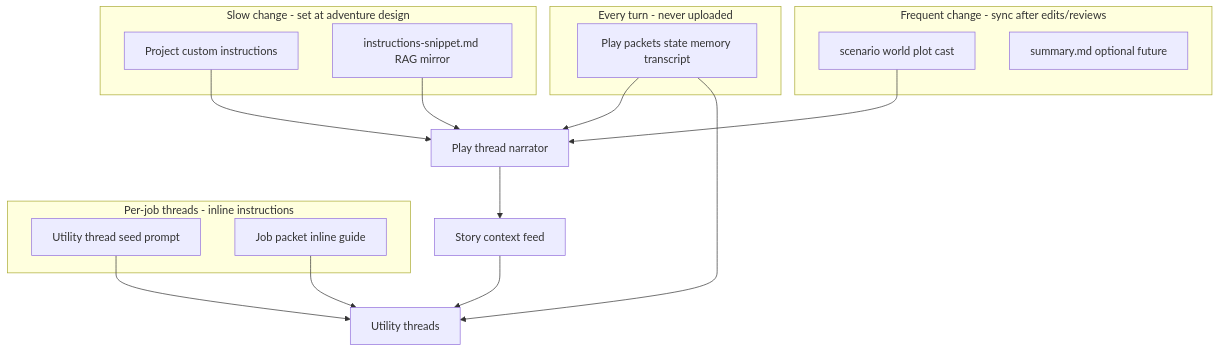
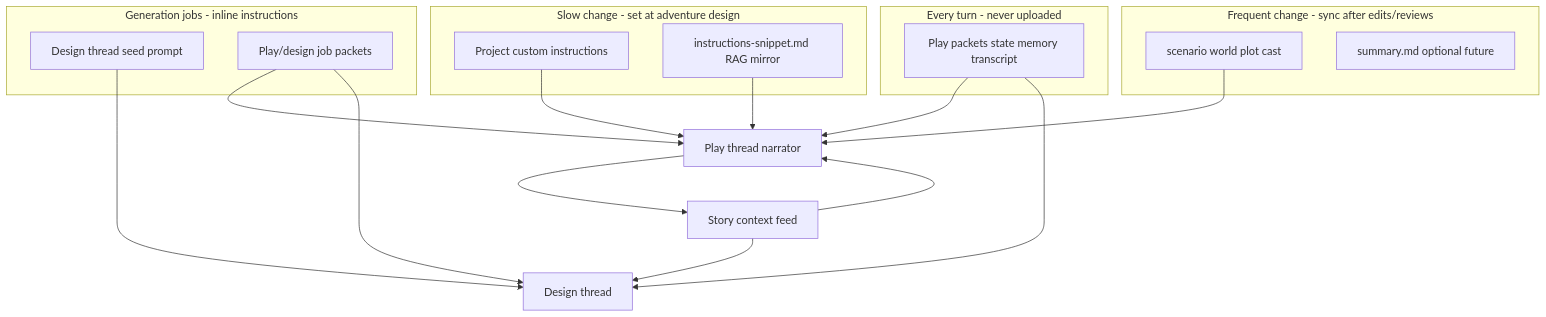
Before and after one commit to CMD0112/NarrativeGPT: the diagram in docs/instruction-sources-paradigm.md, drawn with Mermaid. The commit also changed other lines of this file and 425 other files, not shown here.

````diff
--- a/docs/instruction-sources-paradigm.md
+++ b/docs/instruction-sources-paradigm.md
@@ -15,32 +17,34 @@
 ```mermaid
 flowchart TB
     subgraph static [Slow change - set at adventure design]
         ProjInstr[Project custom instructions]
         InstSnippet[instructions-snippet.md RAG mirror]
     end
 
     subgraph mutable [Frequent change - sync after edits/reviews]
         LoreSources[scenario world plot cast]
         OptionalSummary[summary.md optional future]
     end
 
     subgraph ephemeral [Every turn - never uploaded]
         Packets[Play packets state memory transcript]
     end
 
-    subgraph utility [Per-job threads - inline instructions]
-        Seeds[Utility thread seed prompt]
-        InlineGuides[Job packet inline guide]
+    subgraph utility [Generation jobs - inline instructions]
+        Seeds[Design thread seed prompt]
+        InlineGuides[Play/design job packets]
     end
 
     ProjInstr --> PlayThread[Play thread narrator]
     InstSnippet --> PlayThread
     LoreSources --> PlayThread
     Packets --> PlayThread
 
-    Seeds --> UtilThread[Utility threads]
-    InlineGuides --> UtilThread
-    Packets --> UtilThread
+    Seeds --> DesignThread[Design thread]
+    InlineGuides --> PlayThread
+    InlineGuides --> DesignThread
+    Packets --> DesignThread
     PlayThread --> StoryContext[Story context feed]
-    StoryContext --> UtilThread
+    StoryContext --> PlayThread
+    StoryContext --> DesignThread
 ```
````
